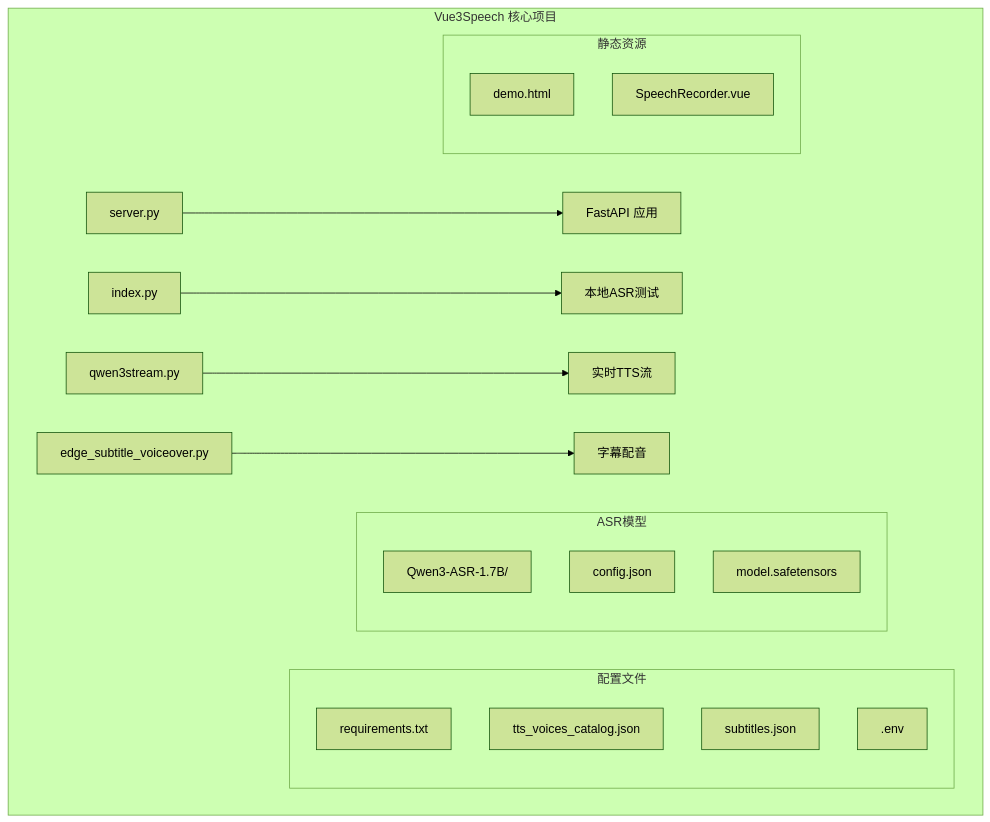
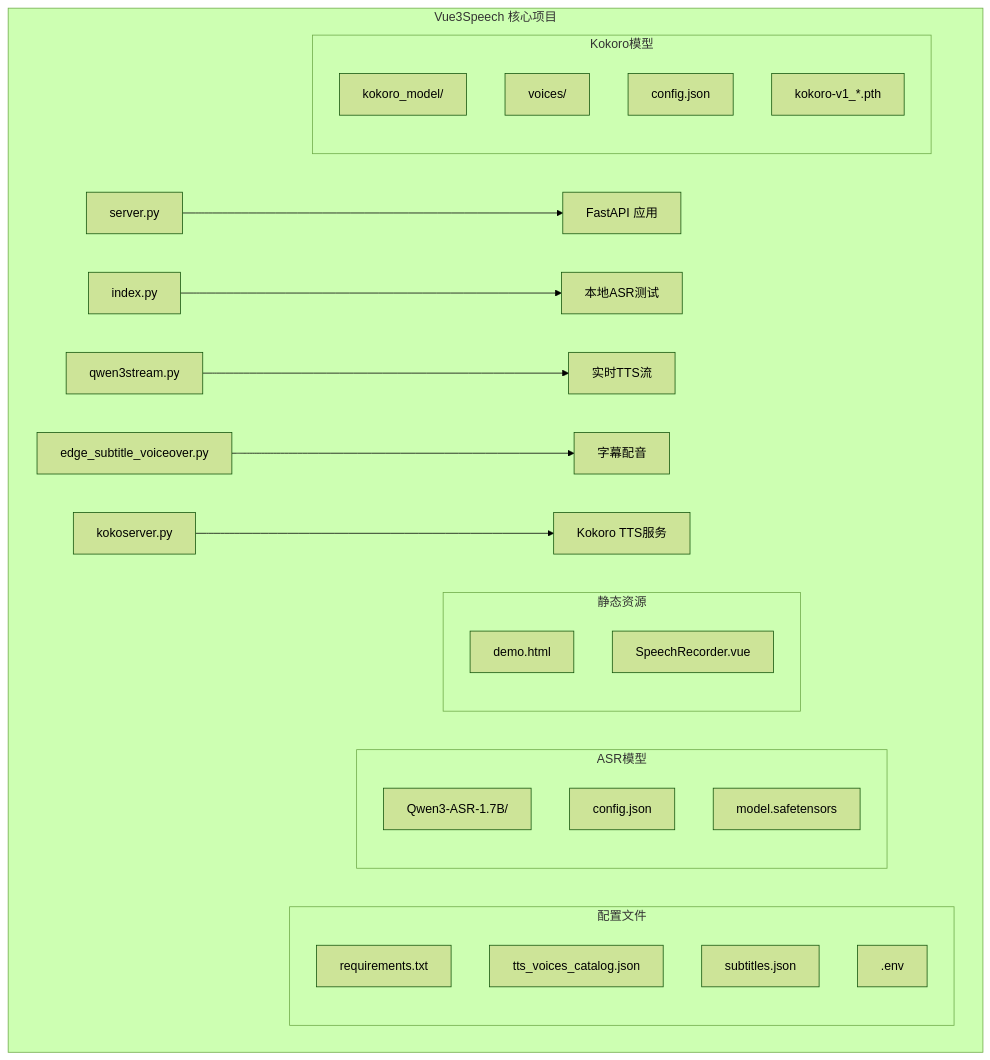
Before and after one commit to 1024dashen/Vue3Speech: the first of 12 diagrams in .qoder/repowiki/zh/content/后端服务架构/后端服务架构.md, drawn with Mermaid (forest theme). The commit also changed other lines of this file and 9 other files, not shown here.

````diff
--- a/.qoder/repowiki/zh/content/后端服务架构/后端服务架构.md
+++ b/.qoder/repowiki/zh/content/后端服务架构/后端服务架构.md
@@ -36,24 +47,31 @@
 ```mermaid
 graph TB
 subgraph "Vue3Speech 核心项目"
 A[server.py] --> B[FastAPI 应用]
 C[index.py] --> D[本地ASR测试]
 E[qwen3stream.py] --> F[实时TTS流]
 G[edge_subtitle_voiceover.py] --> H[字幕配音]
+I[kokoserver.py] --> J[Kokoro TTS服务]
 subgraph "配置文件"
-I[requirements.txt]
-J[tts_voices_catalog.json]
-K[subtitles.json]
-L[.env]
+K[requirements.txt]
+L[tts_voices_catalog.json]
+M[subtitles.json]
+N[.env]
 end
 subgraph "ASR模型"
-M[Qwen3-ASR-1.7B/]
-N[config.json]
-O[model.safetensors]
+O[Qwen3-ASR-1.7B/]
+P[config.json]
+Q[model.safetensors]
 end
 subgraph "静态资源"
-P[demo.html]
-Q[SpeechRecorder.vue]
+R[demo.html]
+S[SpeechRecorder.vue]
+end
+subgraph "Kokoro模型"
+T[kokoro_model/]
+U[voices/]
+V[config.json]
+W[kokoro-v1_*.pth]
 end
 end
 ```
````
